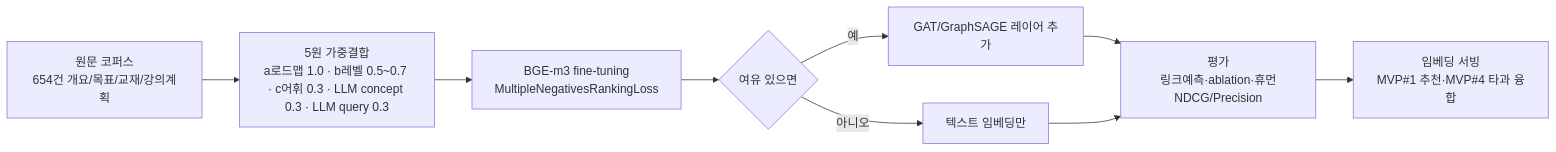
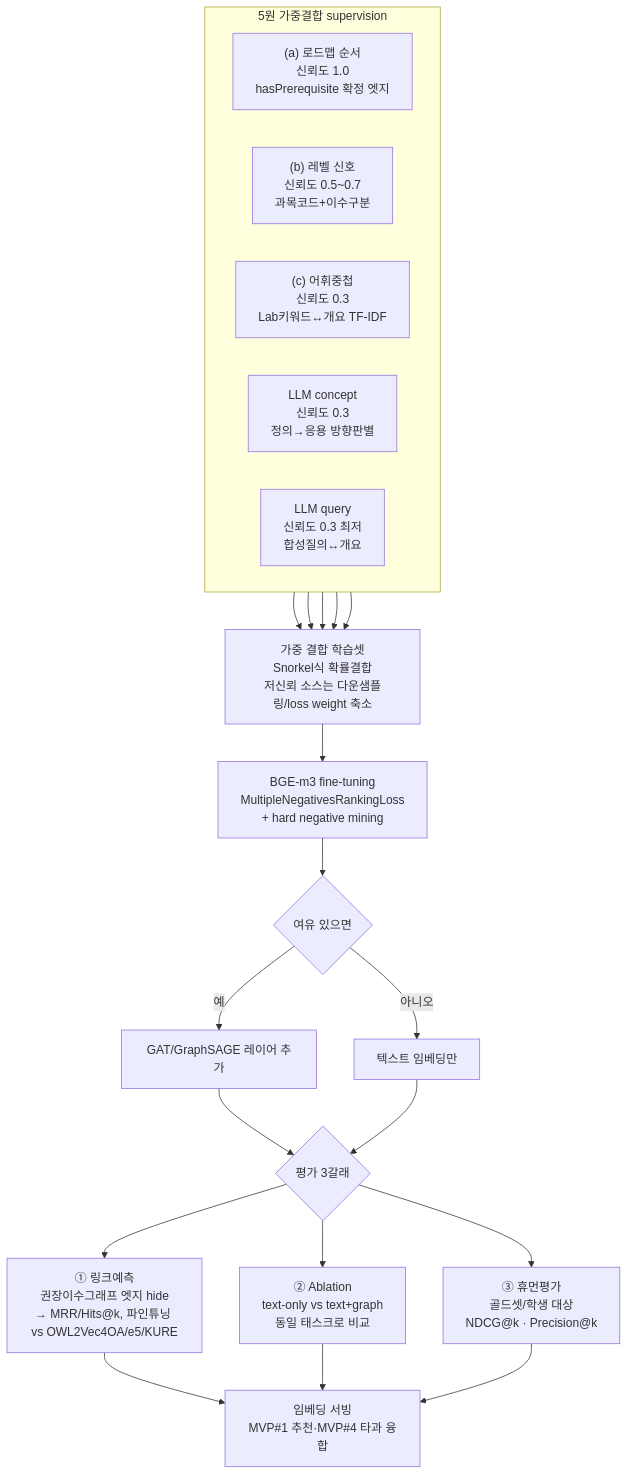
Before and after one commit to sternjeong/UGRP_2026: the second of 5 diagrams in PROJECT_DESIGN.md, drawn with Mermaid. The commit also changed other lines of this file and 1 other file, not shown here.

Commit message:
Expand axis-A flow diagram: unpack 5-source weighting and 3-way eval
Breaks the compressed "5원 가중결합" and "평가" nodes in §12.2 into
their actual sub-steps: the five supervision sources feeding a
Snorkel-style weighted combination, and the three parallel
evaluation branches (link prediction vs baselines, text-only vs
text+graph ablation, human NDCG@k/Precision@k) converging on the
served embedding.

````diff
--- a/PROJECT_DESIGN.md
+++ b/PROJECT_DESIGN.md
@@ -362,11 +362,29 @@
 ```mermaid
-flowchart LR
-    A1[원문 코퍼스<br/>654건 개요/목표/교재/강의계획] --> A2[5원 가중결합<br/>a로드맵 1.0 · b레벨 0.5~0.7 · c어휘 0.3 · LLM concept 0.3 · LLM query 0.3]
-    A2 --> A3[BGE-m3 fine-tuning<br/>MultipleNegativesRankingLoss]
+flowchart TD
+    subgraph SUP["5원 가중결합 supervision"]
+        direction LR
+        Pa["(a) 로드맵 순서<br/>신뢰도 1.0<br/>hasPrerequisite 확정 엣지"]
+        Pb["(b) 레벨 신호<br/>신뢰도 0.5~0.7<br/>과목코드+이수구분"]
+        Pc["(c) 어휘중첩<br/>신뢰도 0.3<br/>Lab키워드↔개요 TF-IDF"]
+        Pd["LLM concept<br/>신뢰도 0.3<br/>정의→응용 방향판별"]
+        Pe["LLM query<br/>신뢰도 0.3 최저<br/>합성질의↔개요"]
+    end
+    Pa --> W[가중 결합 학습셋<br/>Snorkel식 확률결합<br/>저신뢰 소스는 다운샘플링/loss weight 축소]
+    Pb --> W
+    Pc --> W
+    Pd --> W
+    Pe --> W
+    W --> A3[BGE-m3 fine-tuning<br/>MultipleNegativesRankingLoss<br/>+ hard negative mining]
     A3 --> A4{여유 있으면}
     A4 -->|예| A5[GAT/GraphSAGE 레이어 추가]
     A4 -->|아니오| A6[텍스트 임베딩만]
-    A5 --> A7[평가<br/>링크예측·ablation·휴먼NDCG/Precision]
-    A6 --> A7
-    A7 --> A8[임베딩 서빙<br/>MVP#1 추천·MVP#4 타과 융합]
+
+    A5 --> EV{평가 3갈래}
+    A6 --> EV
+    EV --> EV1["① 링크예측<br/>권장이수그래프 엣지 hide<br/>→ MRR/Hits@k, 파인튜닝 vs OWL2Vec4OA/e5/KURE"]
+    EV --> EV2["② Ablation<br/>text-only vs text+graph<br/>동일 태스크로 비교"]
+    EV --> EV3["③ 휴먼평가<br/>골드셋/학생 대상<br/>NDCG@k · Precision@k"]
+    EV1 --> A8[임베딩 서빙<br/>MVP#1 추천·MVP#4 타과 융합]
+    EV2 --> A8
+    EV3 --> A8
 ```
````
